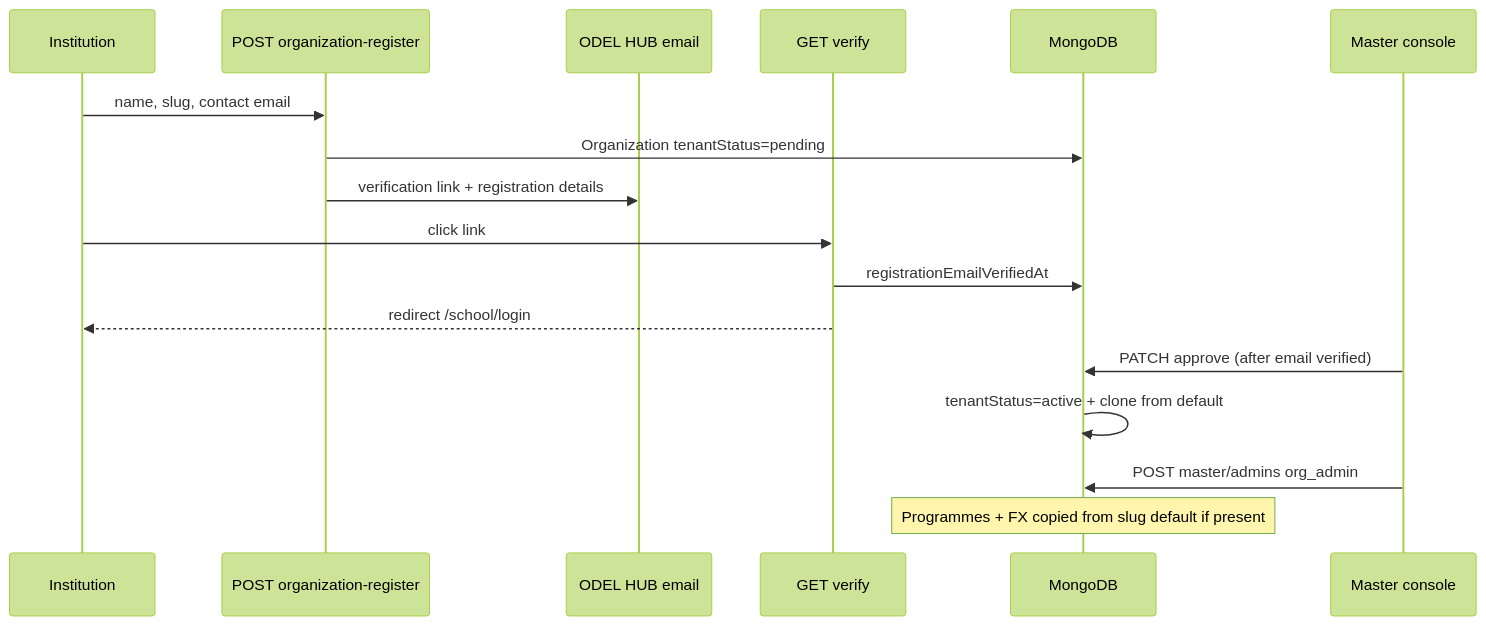
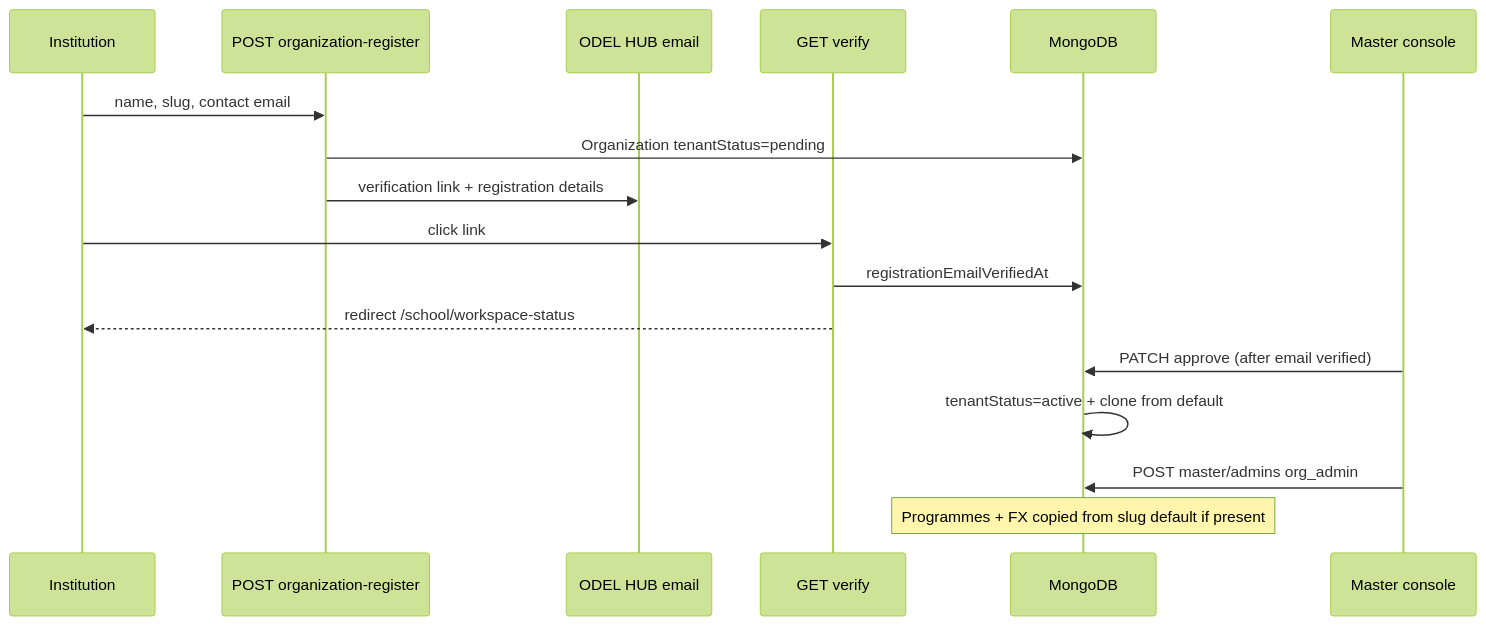
One commit to infoedutechos/openpaygb changed the second of 2 diagrams in docs/MULTI_TENANT_FLOW.md. Above: the diagram before and after it, drawn with Mermaid (forest theme). The commit also changed other lines of this file and 32 other files, not shown here.

````diff
--- a/docs/MULTI_TENANT_FLOW.md
+++ b/docs/MULTI_TENANT_FLOW.md
@@ -55,19 +55,19 @@
 ```mermaid
 sequenceDiagram
   participant U as Institution
   participant API as POST organization-register
   participant Mail as ODEL HUB email
   participant V as GET verify
   participant DB as MongoDB
   participant M as Master console
   U->>API: name, slug, contact email
   API->>DB: Organization tenantStatus=pending
   API->>Mail: verification link + registration details
   U->>V: click link
   V->>DB: registrationEmailVerifiedAt
-  V-->>U: redirect /school/login
+  V-->>U: redirect /school/workspace-status
   M->>DB: PATCH approve (after email verified)
   DB->>DB: tenantStatus=active + clone from default
   M->>DB: POST master/admins org_admin
   Note over DB: Programmes + FX copied from slug default if present
 ```
````
